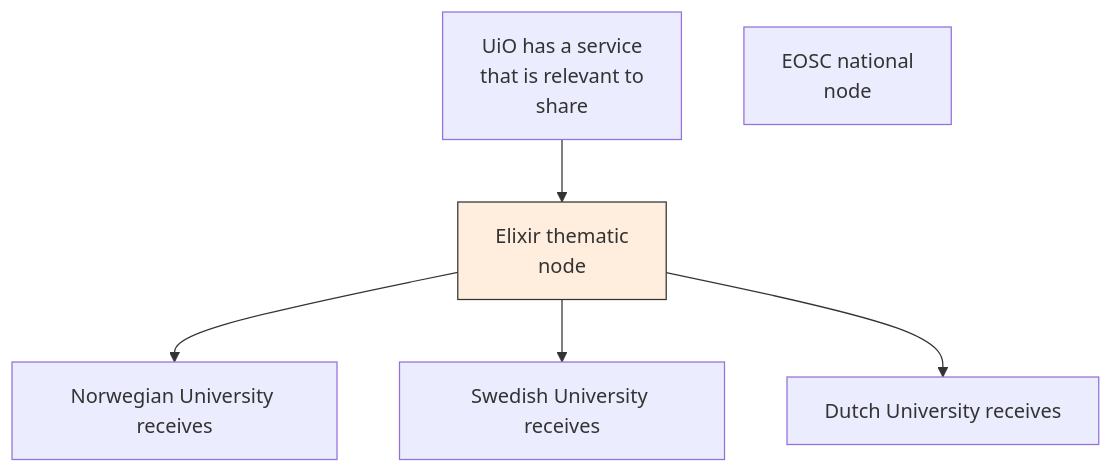
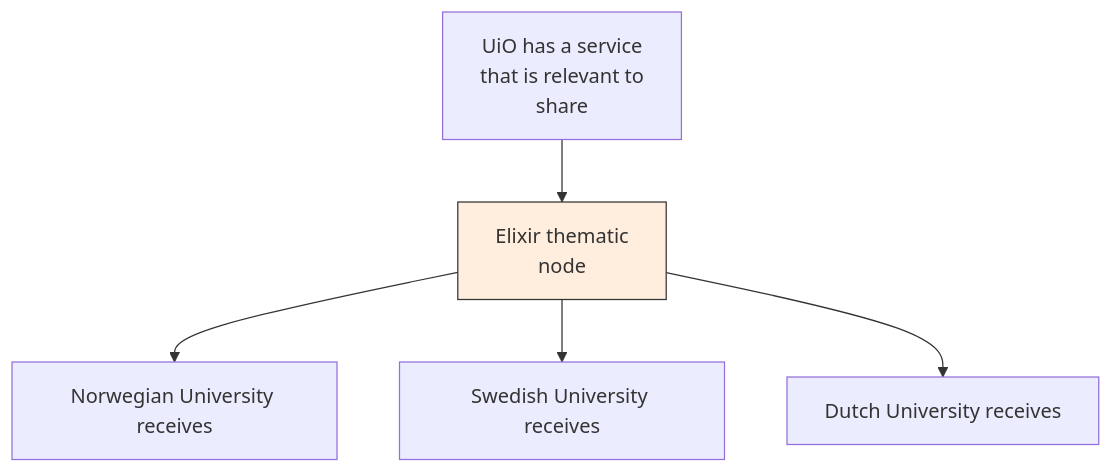
The second of 2 diagrams in services.md (sigridg/EOSC), drawn with Mermaid before and after one commit. The commit also changed other lines of this file, not shown here.

Commit message:
Fix of mermaid code?

```diff
--- a/services.md
+++ b/services.md
@@ -29,10 +29,9 @@
 <div class="mermaid">
 graph TD
-    A[UiO has a service<br/>that is relevant to<br/>share] --> B[Elixir thematic<br/>node]
-    C[EOSC national<br/>node]
-    B --> D[Norwegian University receives]
-    B --> E[Swedish University receives]
-    B --> F[Dutch University receives]
+    A["UiO has a service<br/>that is relevant to<br/>share"] --> B["Elixir thematic<br/>node"]
+    B --> D["Norwegian University receives"]
+    B --> E["Swedish University receives"]
+    B --> F["Dutch University receives"]
     
     style B fill:#fed,stroke:#333
 </div>
```
